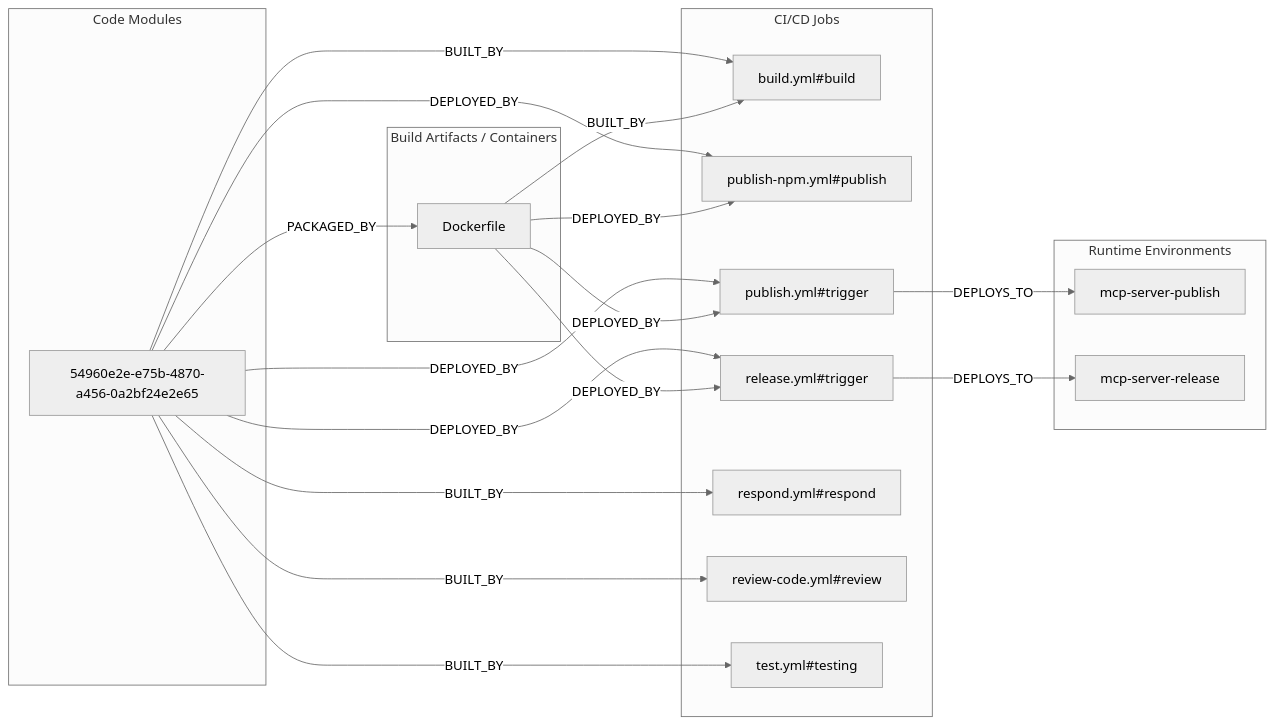
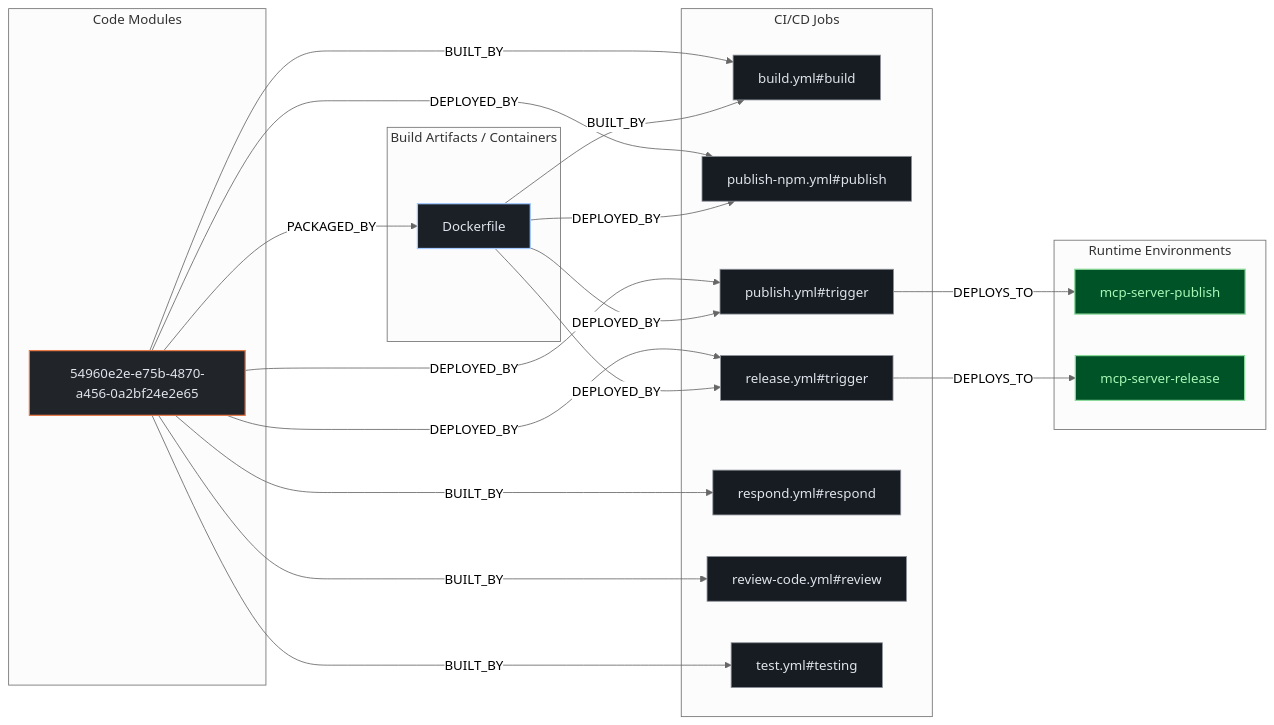
The second of 3 diagrams in exports/latest/reports/bitwarden-mcp-server-report.md (kumarshaz/atruss-code-atlas), drawn with Mermaid (neutral theme) before and after one commit. The commit also changed other lines of this file and 331 other files, not shown here.

Commit message:
docs,ui,fix: update SDLC docs, reorder CI/CD DAG first, stylize Mermaid, and fix Arc42 pipeline topology

````diff
--- a/exports/latest/reports/bitwarden-mcp-server-report.md
+++ b/exports/latest/reports/bitwarden-mcp-server-report.md
@@ -110,36 +117,40 @@
 ```mermaid
 flowchart LR
+    classDef atlasCategory fill:#212428,stroke:#E87A48,stroke-width:1.5px,color:#dfe3eb
+    classDef atlasWorkflow fill:#1b2026,stroke:#a3c9ff,stroke-width:1.5px,color:#dfe3eb
+    classDef atlasJob fill:#171c22,stroke:#8d9199,stroke-width:1px,color:#dfe3eb
+    classDef atlasTarget fill:#005227,stroke:#8bd99b,stroke-width:1.5px,color:#a7f6b6
     subgraph code_modules["Code Modules"]
-        mod_54960e2e_e75b_4870_a456_0a2bf24e2e65["54960e2e-e75b-4870-a456-0a2bf24e2e65"]
+        mod_54960e2e_e75b_4870_a456_0a2bf24e2e65["54960e2e-e75b-4870-a456-0a2bf24e2e65"]:::atlasCategory
     end
     subgraph build_artifacts["Build Artifacts / Containers"]
-        art_Dockerfile["Dockerfile"]
+        art_Dockerfile["Dockerfile"]:::atlasWorkflow
     end
     subgraph ci_jobs["CI/CD Jobs"]
-        job_build_yml_build["build.yml#build"]
-        job_publish_npm_yml_publish["publish-npm.yml#publish"]
-        job_publish_yml_trigger["publish.yml#trigger"]
-        job_release_yml_trigger["release.yml#trigger"]
-        job_respond_yml_respond["respond.yml#respond"]
-        job_review_code_yml_review["review-code.yml#review"]
-        job_test_yml_testing["test.yml#testing"]
+        job_build_yml_build["build.yml#build"]:::atlasJob
+        job_publish_npm_yml_publish["publish-npm.yml#publish"]:::atlasJob
+        job_publish_yml_trigger["publish.yml#trigger"]:::atlasJob
+        job_release_yml_trigger["release.yml#trigger"]:::atlasJob
+        job_respond_yml_respond["respond.yml#respond"]:::atlasJob
+        job_review_code_yml_review["review-code.yml#review"]:::atlasJob
+        job_test_yml_testing["test.yml#testing"]:::atlasJob
     end
     subgraph runtime_envs["Runtime Environments"]
-        env_mcp_server_publish["mcp-server-publish"]
-        env_mcp_server_release["mcp-server-release"]
+        env_mcp_server_publish["mcp-server-publish"]:::atlasTarget
+        env_mcp_server_release["mcp-server-release"]:::atlasTarget
     end
     job_publish_yml_trigger -->|DEPLOYS_TO| env_mcp_server_publish
     job_release_yml_trigger -->|DEPLOYS_TO| env_mcp_server_release
     mod_54960e2e_e75b_4870_a456_0a2bf24e2e65 -->|BUILT_BY| job_build_yml_build
     mod_54960e2e_e75b_4870_a456_0a2bf24e2e65 -->|BUILT_BY| job_respond_yml_respond
     mod_54960e2e_e75b_4870_a456_0a2bf24e2e65 -->|BUILT_BY| job_review_code_yml_review
     mod_54960e2e_e75b_4870_a456_0a2bf24e2e65 -->|BUILT_BY| job_test_yml_testing
     mod_54960e2e_e75b_4870_a456_0a2bf24e2e65 -->|DEPLOYED_BY| job_publish_npm_yml_publish
     mod_54960e2e_e75b_4870_a456_0a2bf24e2e65 -->|DEPLOYED_BY| job_publish_yml_trigger
     mod_54960e2e_e75b_4870_a456_0a2bf24e2e65 -->|DEPLOYED_BY| job_release_yml_trigger
     mod_54960e2e_e75b_4870_a456_0a2bf24e2e65 -->|PACKAGED_BY| art_Dockerfile
     art_Dockerfile -->|BUILT_BY| job_build_yml_build
     art_Dockerfile -->|DEPLOYED_BY| job_publish_npm_yml_publish
     art_Dockerfile -->|DEPLOYED_BY| job_publish_yml_trigger
     art_Dockerfile -->|DEPLOYED_BY| job_release_yml_trigger
 ```
````
